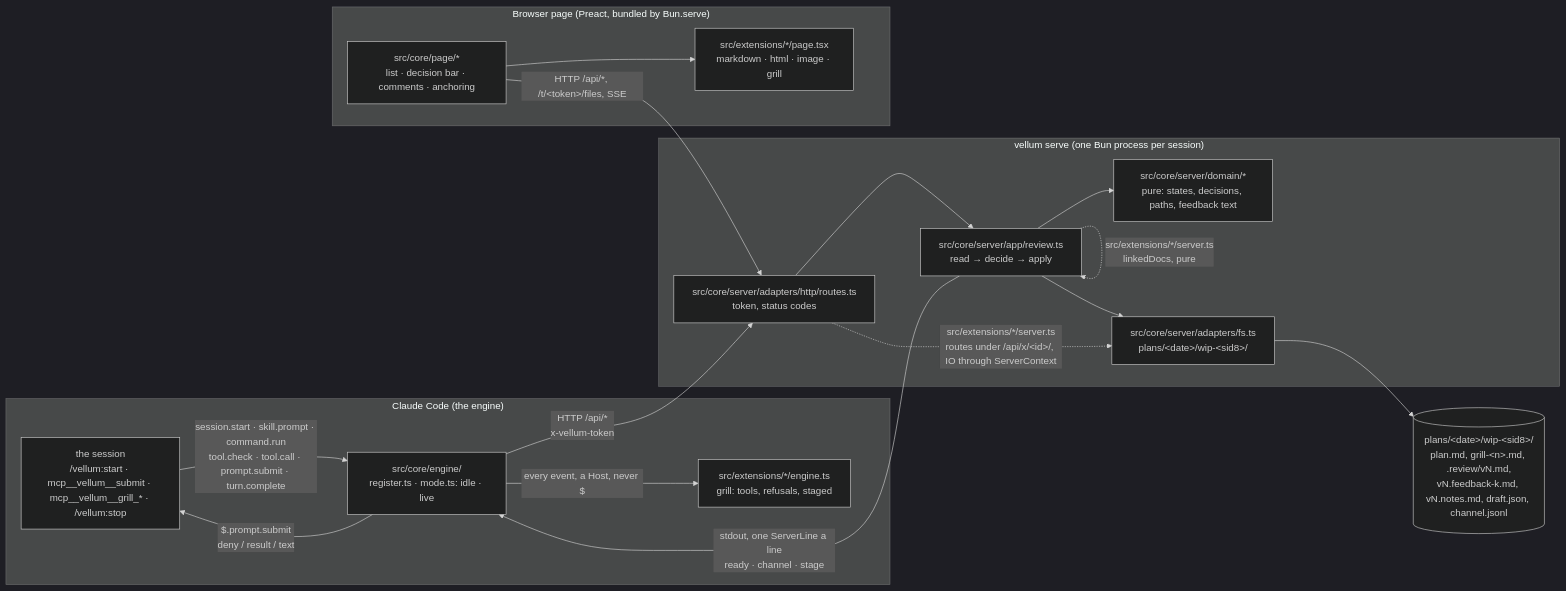
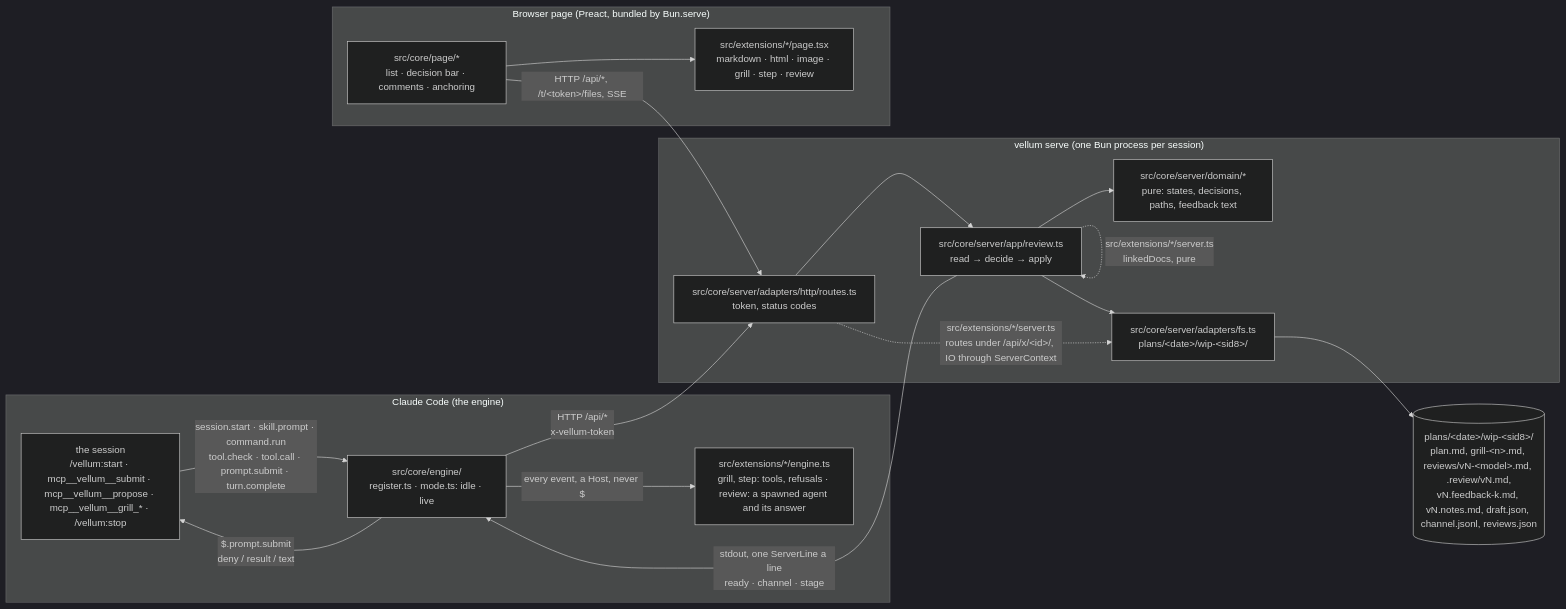
One commit to bengous/claude-code-plugins changed the first of 6 diagrams in vellum/docs/architecture.md. Above: the diagram before and after it, drawn with Mermaid (dark theme). The commit also changed other lines of this file, not shown here.

First line of the commit message:
docs(vellum): architecture.md draws the review and step extensions, and a plan review's round

````diff
--- a/vellum/docs/architecture.md
+++ b/vellum/docs/architecture.md
@@ -11,31 +11,31 @@
 ```mermaid
 flowchart LR
   subgraph engine["Claude Code (the engine)"]
-    CC["the session<br/>/vellum:start · mcp__vellum__submit · mcp__vellum__grill_* · /vellum:stop"]
+    CC["the session<br/>/vellum:start · mcp__vellum__submit · mcp__vellum__propose · mcp__vellum__grill_* · /vellum:stop"]
     M["src/core/engine/<br/>register.ts · mode.ts: idle · live"]
-    E["src/extensions/*/engine.ts<br/>grill: tools, refusals, staged"]
+    E["src/extensions/*/engine.ts<br/>grill, step: tools, refusals · review: a spawned agent and its answer"]
     CC -- "session.start · skill.prompt · command.run<br/>tool.check · tool.call · prompt.submit · turn.complete" --> M
     M -- "$.prompt.submit<br/>deny / result / text" --> CC
     M -- "every event, a Host, never $" --> E
   end
   subgraph server["vellum serve (one Bun process per session)"]
     R["src/core/server/adapters/http/routes.ts<br/>token, status codes"]
     A["src/core/server/app/review.ts<br/>read → decide → apply"]
     T["src/core/server/domain/*<br/>pure: states, decisions, paths, feedback text"]
     W["src/core/server/adapters/fs.ts<br/>plans/&lt;date&gt;/wip-&lt;sid8&gt;/"]
     R --> A --> T
     A --> W
   end
   subgraph page["Browser page (Preact, bundled by Bun.serve)"]
     U["src/core/page/*<br/>list · decision bar · comments · anchoring"]
-    P["src/extensions/*/page.tsx<br/>markdown · html · image · grill"]
+    P["src/extensions/*/page.tsx<br/>markdown · html · image · grill · step · review"]
     U --> P
   end
   M -- "HTTP /api/*<br/>x-vellum-token" --> R
   A -- "stdout, one ServerLine a line<br/>ready · channel · stage" --> M
   U -- "HTTP /api/*, /t/&lt;token&gt;/files, SSE" --> R
   A -. "src/extensions/*/server.ts<br/>linkedDocs, pure" .-> A
   R -. "src/extensions/*/server.ts<br/>routes under /api/x/&lt;id&gt;/, IO through ServerContext" .-> W
-  F[("plans/&lt;date&gt;/wip-&lt;sid8&gt;/<br/>plan.md, grill-&lt;n&gt;.md, .review/vN.md,<br/>vN.feedback-k.md, vN.notes.md, draft.json, channel.jsonl")]
+  F[("plans/&lt;date&gt;/wip-&lt;sid8&gt;/<br/>plan.md, grill-&lt;n&gt;.md, reviews/vN-&lt;model&gt;.md, .review/vN.md,<br/>vN.feedback-k.md, vN.notes.md, draft.json, channel.jsonl, reviews.json")]
   W --> F
 ```
````
